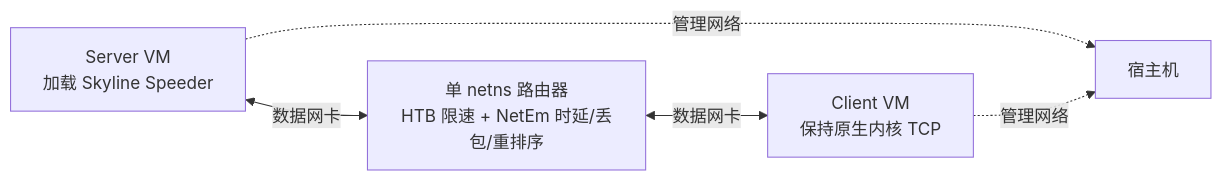
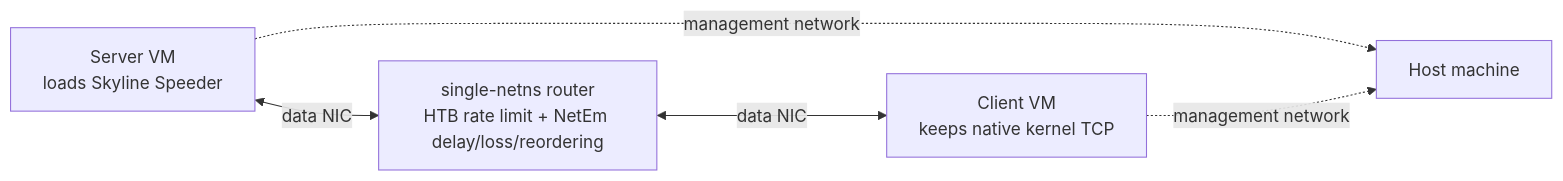
Before and after one commit to CYBERVERSE-Research/skyline-speeder: the diagram in docs/04-performance-report.md, drawn with Mermaid. The commit also changed other lines of this file and 31 other files, not shown here.

````diff
--- a/docs/04-performance-report.md
+++ b/docs/04-performance-report.md
@@ -43,7 +52,7 @@
 ```mermaid
 flowchart LR
-    Server["Server VM<br/>加载 Skyline Speeder"] <-->|数据网卡| Router["单 netns 路由器<br/>HTB 限速 + NetEm 时延/丢包/重排序"]
-    Router <-->|数据网卡| Client["Client VM<br/>保持原生内核 TCP"]
-    Server -.管理网络.-> Host["宿主机"]
-    Client -.管理网络.-> Host
+    Server["Server VM<br/>loads Skyline Speeder"] <-->|data NIC| Router["single-netns router<br/>HTB rate limit + NetEm delay/loss/reordering"]
+    Router <-->|data NIC| Client["Client VM<br/>keeps native kernel TCP"]
+    Server -. management network .-> Host["Host machine"]
+    Client -. management network .-> Host
 ```
````
